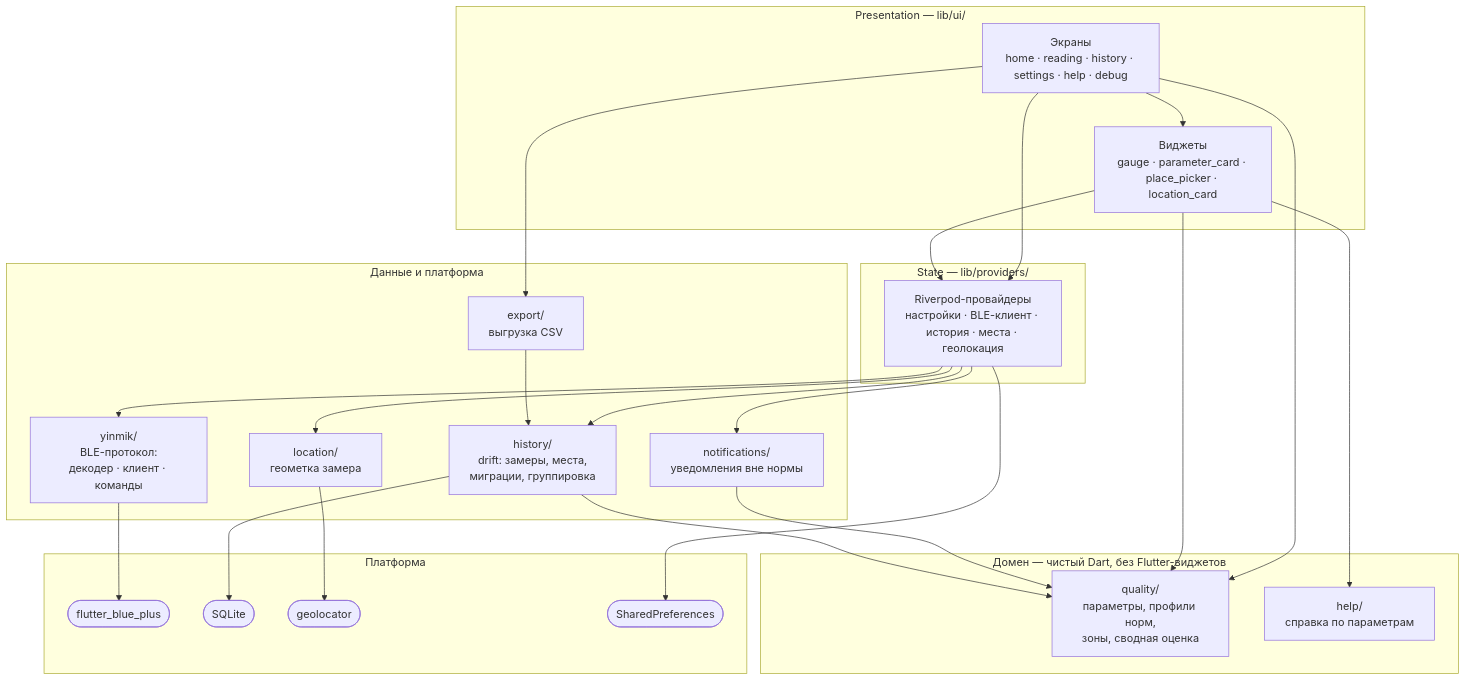
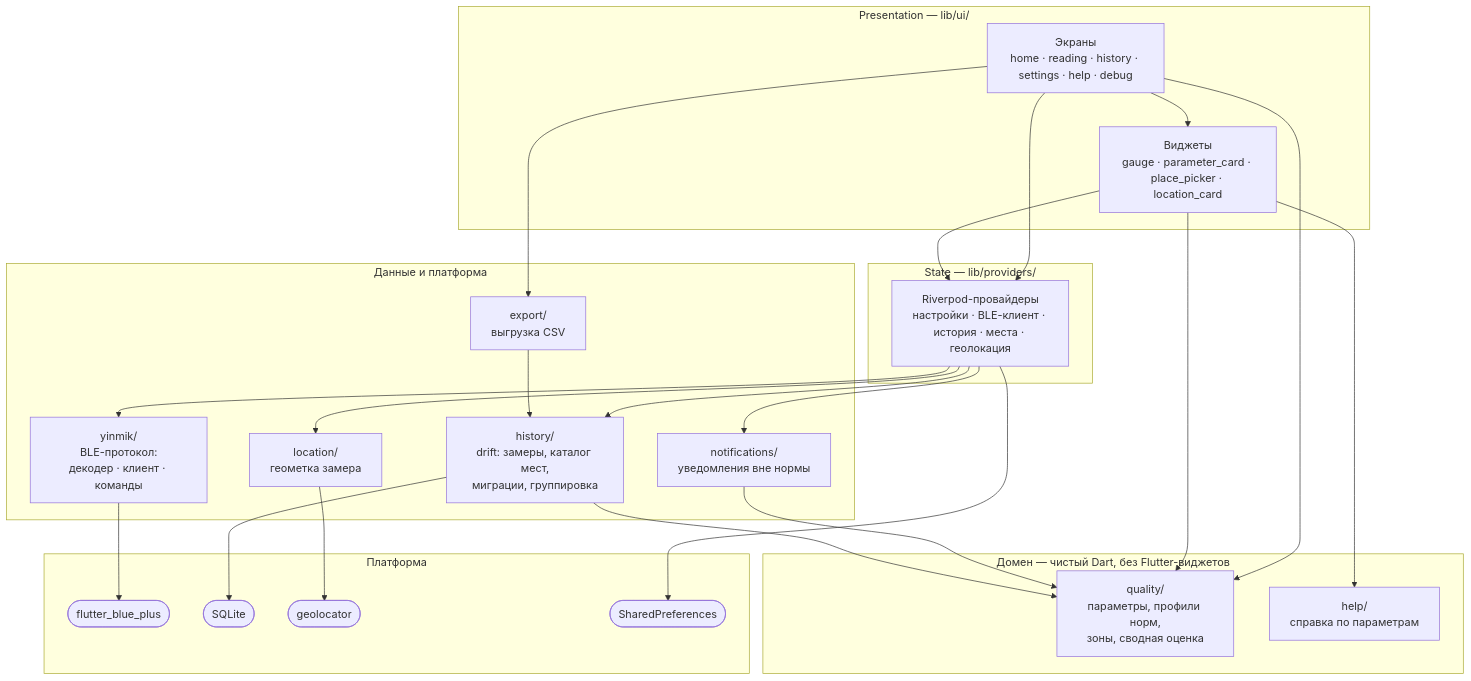
One commit to EugeneSoftwareDeveloper/SmartHomeWaterAnalyzer changed the first of 2 diagrams in docs/01-architecture.md. Above: the diagram before and after it, drawn with Mermaid. The commit also changed other lines of this file and 4 other files, not shown here.

````diff
--- a/docs/01-architecture.md
+++ b/docs/01-architecture.md
@@ -7,53 +7,53 @@
 ```mermaid
 graph TD
     subgraph presentation["Presentation — lib/ui/"]
         Screens["Экраны<br/>home · reading · history · settings · help · debug"]
         Widgets["Виджеты<br/>gauge · parameter_card · place_picker · location_card"]
     end
 
     subgraph state["State — lib/providers/"]
         Providers["Riverpod-провайдеры<br/>настройки · BLE-клиент · история · места · геолокация"]
     end
 
     subgraph domain["Домен — чистый Dart, без Flutter-виджетов"]
         Quality["quality/<br/>параметры, профили норм,<br/>зоны, сводная оценка"]
         Help["help/<br/>справка по параметрам"]
     end
 
     subgraph data["Данные и платформа"]
         Yinmik["yinmik/<br/>BLE-протокол:<br/>декодер · клиент · команды"]
-        History["history/<br/>drift: замеры, места,<br/>миграции, группировка"]
+        History["history/<br/>drift: замеры, каталог мест,<br/>миграции, группировка"]
         Location["location/<br/>геометка замера"]
         Export["export/<br/>выгрузка CSV"]
         Notifications["notifications/<br/>уведомления вне нормы"]
     end
 
     subgraph platform["Платформа"]
         BLE(["flutter_blue_plus"])
         SQLite(["SQLite"])
         Geo(["geolocator"])
         Prefs(["SharedPreferences"])
     end
 
     Screens --> Widgets
     Screens --> Providers
     Widgets --> Providers
     Screens --> Quality
     Widgets --> Quality
     Widgets --> Help
 
     Providers --> Yinmik
     Providers --> History
     Providers --> Location
     Providers --> Notifications
     Providers --> Prefs
 
     Screens --> Export
     Export --> History
     Notifications --> Quality
     History --> Quality
 
     Yinmik --> BLE
     History --> SQLite
     Location --> Geo
 ```
````
